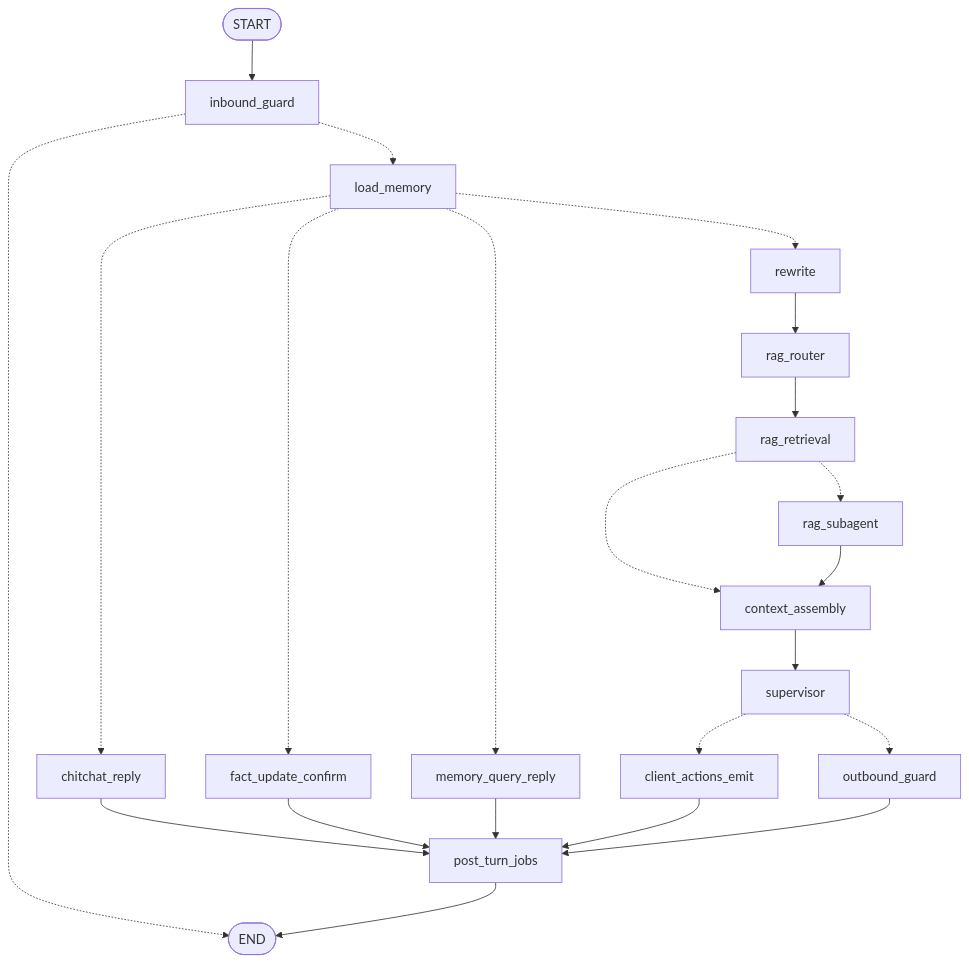
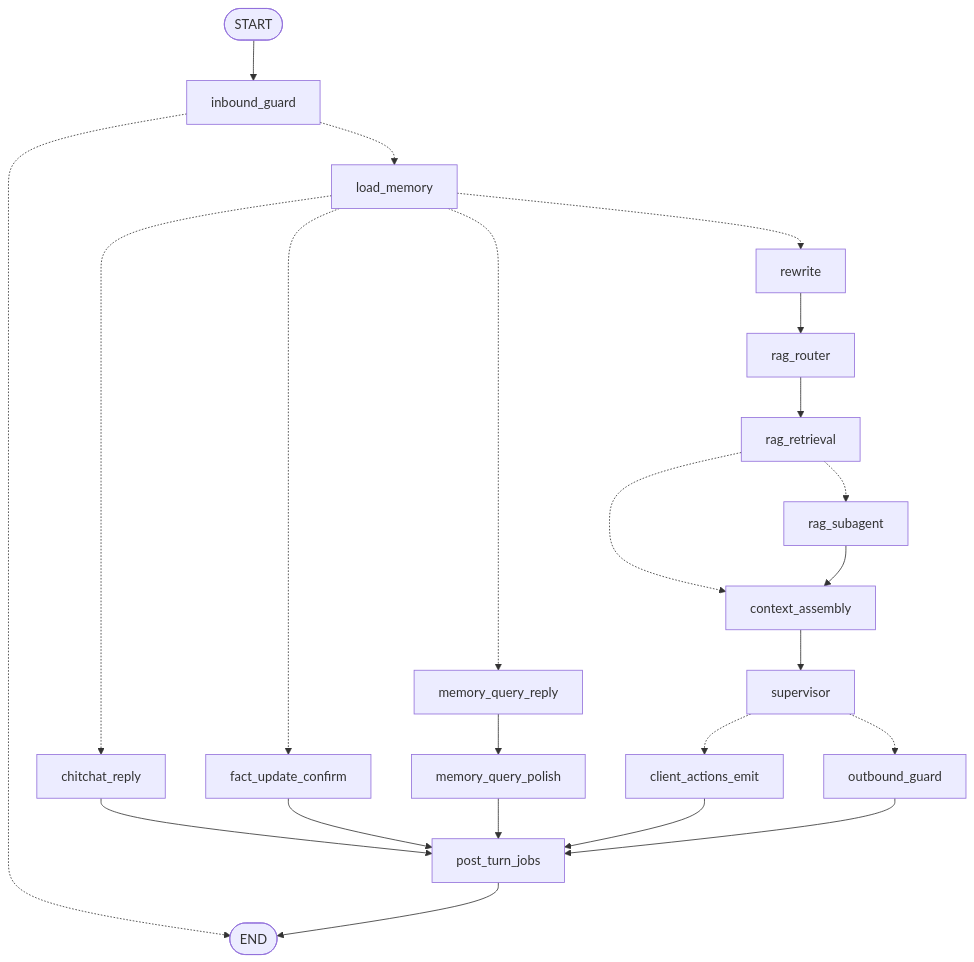
Before and after one commit to lrxCn/commonAgent: the first of 2 diagrams in README.md, drawn with Mermaid. The commit also changed other lines of this file and 8 other files, not shown here.

````diff
--- a/README.md
+++ b/README.md
@@ -124,40 +124,42 @@
 ```mermaid
 flowchart TD
     start_node([START])
     inbound_guard["inbound_guard"]
     load_memory["load_memory"]
     fact_update_confirm["fact_update_confirm"]
     memory_query_reply["memory_query_reply"]
+    memory_query_polish["memory_query_polish"]
     chitchat_reply["chitchat_reply"]
     rewrite["rewrite"]
     rag_router["rag_router"]
     rag_retrieval["rag_retrieval"]
     rag_subagent["rag_subagent"]
     context_assembly["context_assembly"]
     supervisor["supervisor"]
     client_actions_emit["client_actions_emit"]
     outbound_guard["outbound_guard"]
     post_turn_jobs["post_turn_jobs"]
     end_node([END])
     start_node --> inbound_guard
     chitchat_reply --> post_turn_jobs
     client_actions_emit --> post_turn_jobs
     context_assembly --> supervisor
     fact_update_confirm --> post_turn_jobs
     inbound_guard -.-> end_node
     inbound_guard -.-> load_memory
     load_memory -.-> chitchat_reply
     load_memory -.-> fact_update_confirm
     load_memory -.-> memory_query_reply
     load_memory -.-> rewrite
-    memory_query_reply --> post_turn_jobs
+    memory_query_reply --> memory_query_polish
+    memory_query_polish --> post_turn_jobs
     outbound_guard --> post_turn_jobs
     rag_retrieval -.-> context_assembly
     rag_retrieval -.-> rag_subagent
     rag_router --> rag_retrieval
     rag_subagent --> context_assembly
     rewrite --> rag_router
     supervisor -.-> client_actions_emit
     supervisor -.-> outbound_guard
     post_turn_jobs --> end_node
 ```
````
